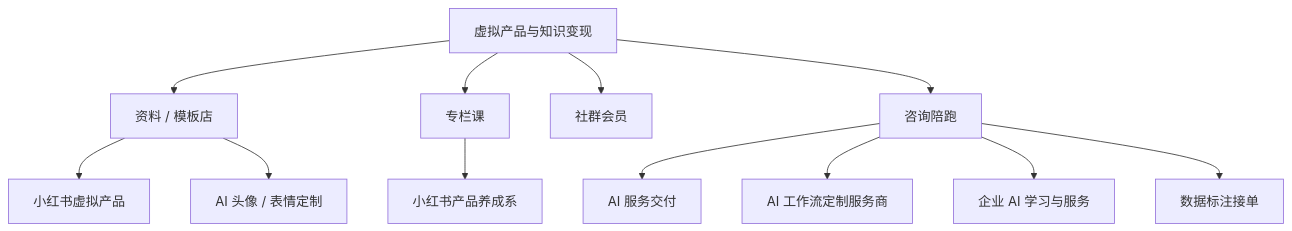
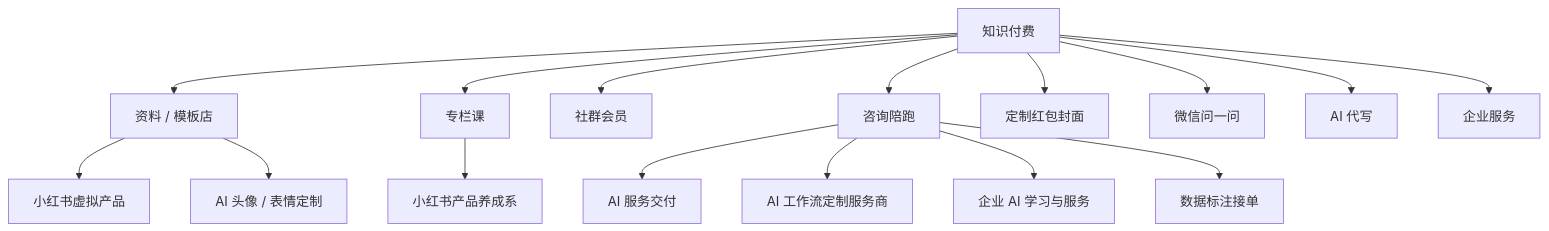
Before and after one commit to inkwen-dev/leiwen.pro: the diagram in playbook/站点/图/virtual.md, drawn with Mermaid. The commit also changed other lines of this file and 16 other files, not shown here.

````diff
--- a/playbook/站点/图/virtual.md
+++ b/playbook/站点/图/virtual.md
@@ -5,26 +5,34 @@
 ```mermaid
 flowchart TB
-  n1["虚拟产品与知识变现"]
+  n1["知识付费"]
   n2["资料 / 模板店"]
   n1 --> n2
   n3["小红书虚拟产品"]
   n2 --> n3
   n4["AI 头像 / 表情定制"]
   n2 --> n4
   n5["专栏课"]
   n1 --> n5
   n6["小红书产品养成系"]
   n5 --> n6
   n7["社群会员"]
   n1 --> n7
   n8["咨询陪跑"]
   n1 --> n8
   n9["AI 服务交付"]
   n8 --> n9
   n10["AI 工作流定制服务商"]
   n8 --> n10
   n11["企业 AI 学习与服务"]
   n8 --> n11
   n12["数据标注接单"]
   n8 --> n12
+  n13["定制红包封面"]
+  n1 --> n13
+  n14["微信问一问"]
+  n1 --> n14
+  n15["AI 代写"]
+  n1 --> n15
+  n16["企业服务"]
+  n1 --> n16
 ```
````
